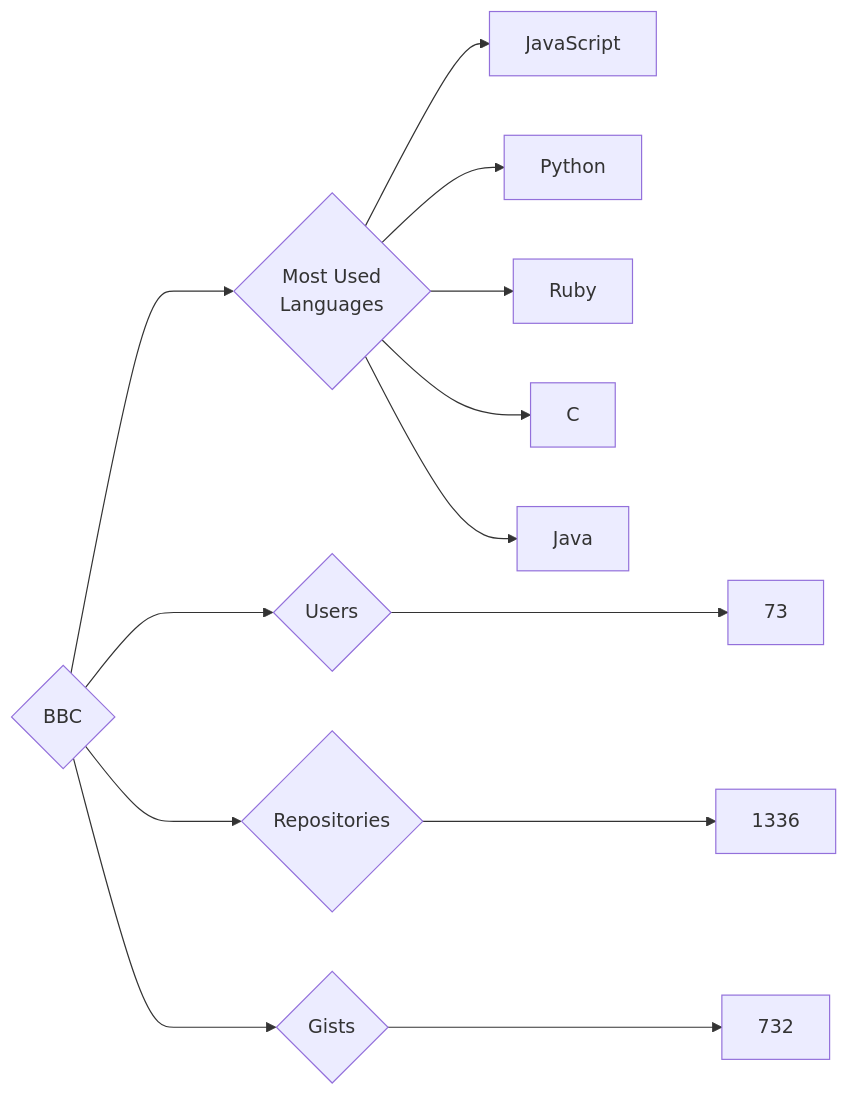
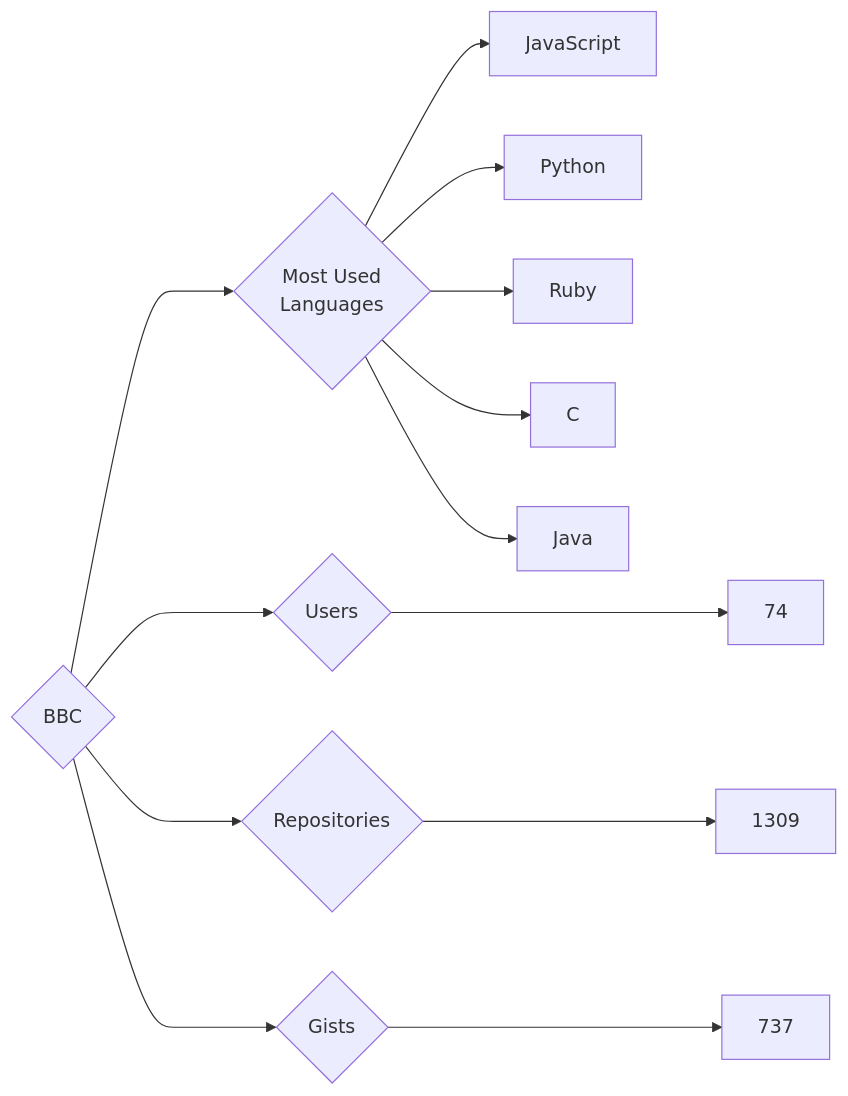
The diagram in targets/BBC/README.md (trickest/insiders), drawn with Mermaid before and after one commit. The commit also changed 749 other files, not shown here.

````diff
--- a/targets/BBC/README.md
+++ b/targets/BBC/README.md
@@ -3,13 +3,13 @@
 ```mermaid
 graph LR
 COMPANY_NAME{BBC}
-COMPANY_NAME ---> U{Users} ---> UN[73]
-COMPANY_NAME ---> R{Repositories} ---> RN[1336]
-COMPANY_NAME ---> G{Gists} ---> GN[732]
+COMPANY_NAME ---> U{Users} ---> UN[74]
+COMPANY_NAME ---> R{Repositories} ---> RN[1309]
+COMPANY_NAME ---> G{Gists} ---> GN[737]
 COMPANY_NAME ---> ML{Most Used<br>Languages}
 ML --> JavaScript[JavaScript]
 ML --> Python[Python]
 ML --> Ruby[Ruby]
 ML --> C[C]
 ML --> Java[Java]
 ```
````
